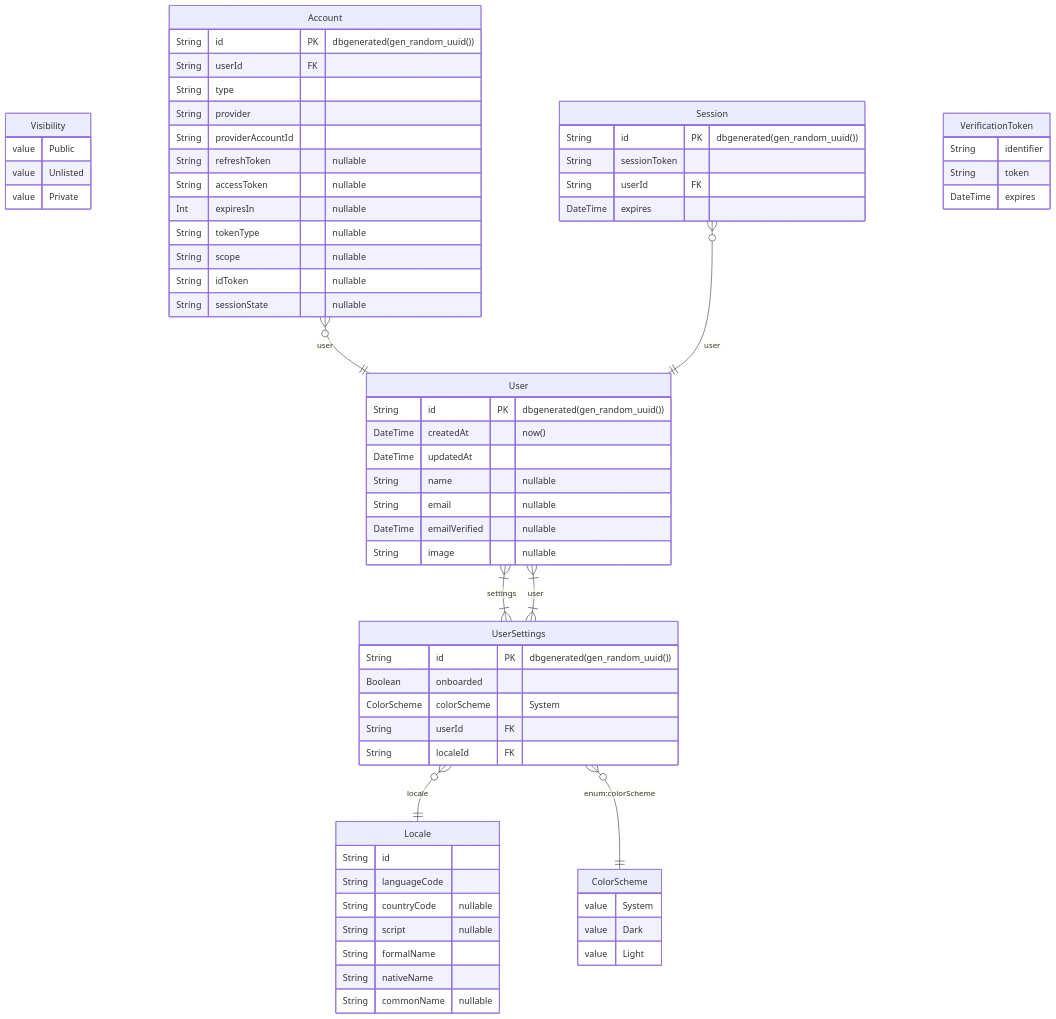
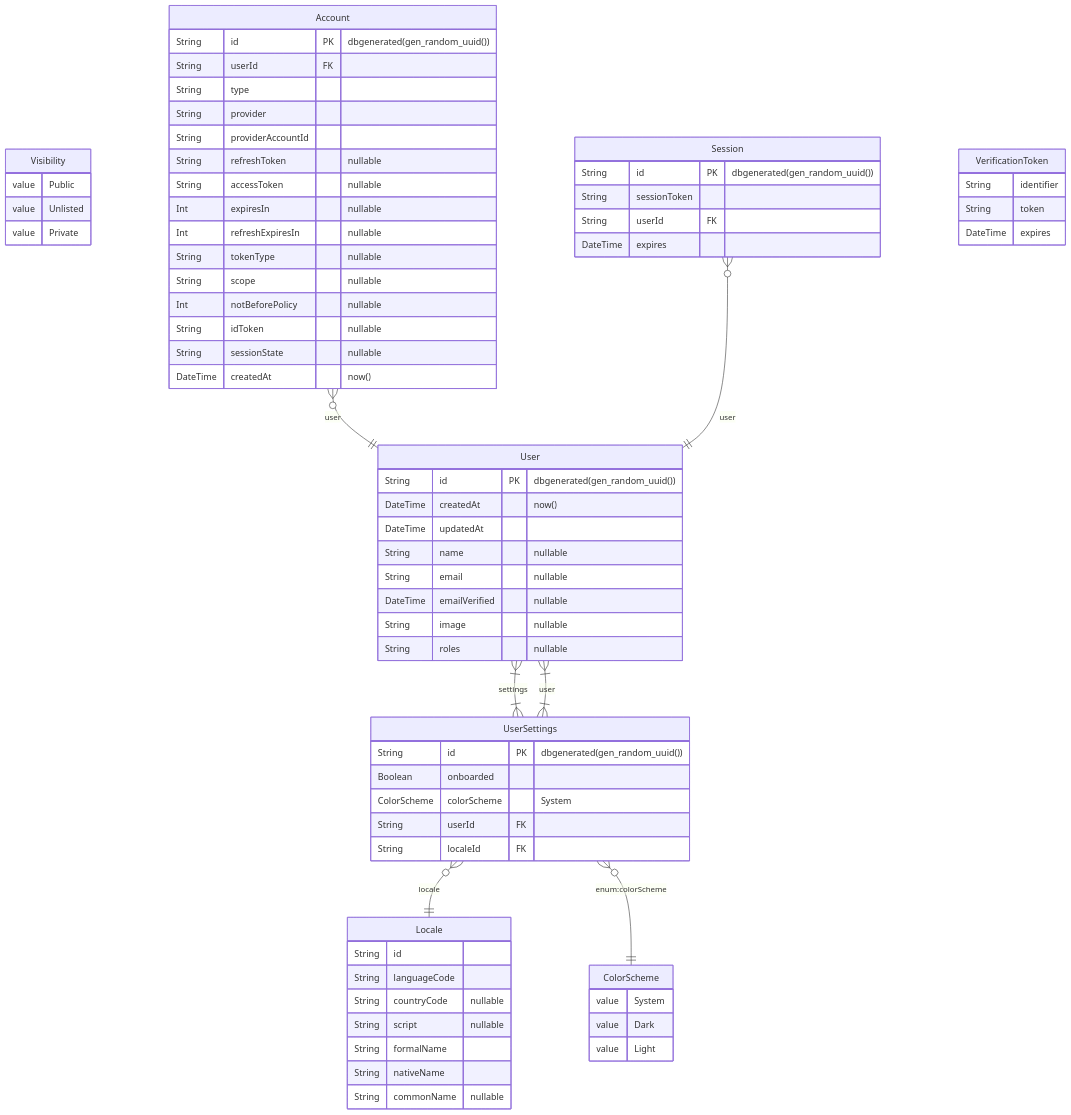
Before and after one commit to nathanbrizzee-cdcr/sveltekit-template: the diagram in prisma/ERD.md, drawn with Mermaid. The commit also changed 16 other files, not shown here.

````diff
--- a/prisma/ERD.md
+++ b/prisma/ERD.md
@@ -1,70 +1,74 @@
 ```mermaid
 erDiagram
 	ColorScheme {
 		value System
 		value Dark
 		value Light
 	}
 	Visibility {
 		value Public
 		value Unlisted
 		value Private
 	}
 	User {
 		String id PK  "dbgenerated(gen_random_uuid())"
 		DateTime createdAt  "now()"
 		DateTime updatedAt
 		String name  "nullable"
 		String email  "nullable"
 		DateTime emailVerified  "nullable"
 		String image  "nullable"
+		String roles  "nullable"
 	}
 	UserSettings {
 		String id PK  "dbgenerated(gen_random_uuid())"
 		Boolean onboarded
 		ColorScheme colorScheme "System"
 		String userId FK
 		String localeId FK
 	}
 	Locale {
 		String id
 		String languageCode
 		String countryCode  "nullable"
 		String script  "nullable"
 		String formalName
 		String nativeName
 		String commonName  "nullable"
 	}
 	Account {
 		String id PK  "dbgenerated(gen_random_uuid())"
 		String userId FK
 		String type
 		String provider
 		String providerAccountId
 		String refreshToken  "nullable"
 		String accessToken  "nullable"
 		Int expiresIn  "nullable"
+		Int refreshExpiresIn  "nullable"
 		String tokenType  "nullable"
 		String scope  "nullable"
+		Int notBeforePolicy  "nullable"
 		String idToken  "nullable"
 		String sessionState  "nullable"
+		DateTime createdAt  "now()"
 	}
 	Session {
 		String id PK  "dbgenerated(gen_random_uuid())"
 		String sessionToken
 		String userId FK
 		DateTime expires
 	}
 	VerificationToken {
 		String identifier
 		String token
 		DateTime expires
 	}
 	User }|--|{ UserSettings : settings
 	UserSettings }|--|{ User : user
 	UserSettings }o--|| Locale : locale
 	UserSettings }o--|| ColorScheme : "enum:colorScheme"
 	Account }o--|| User : user
 	Session }o--|| User : user
 
 ```
````
